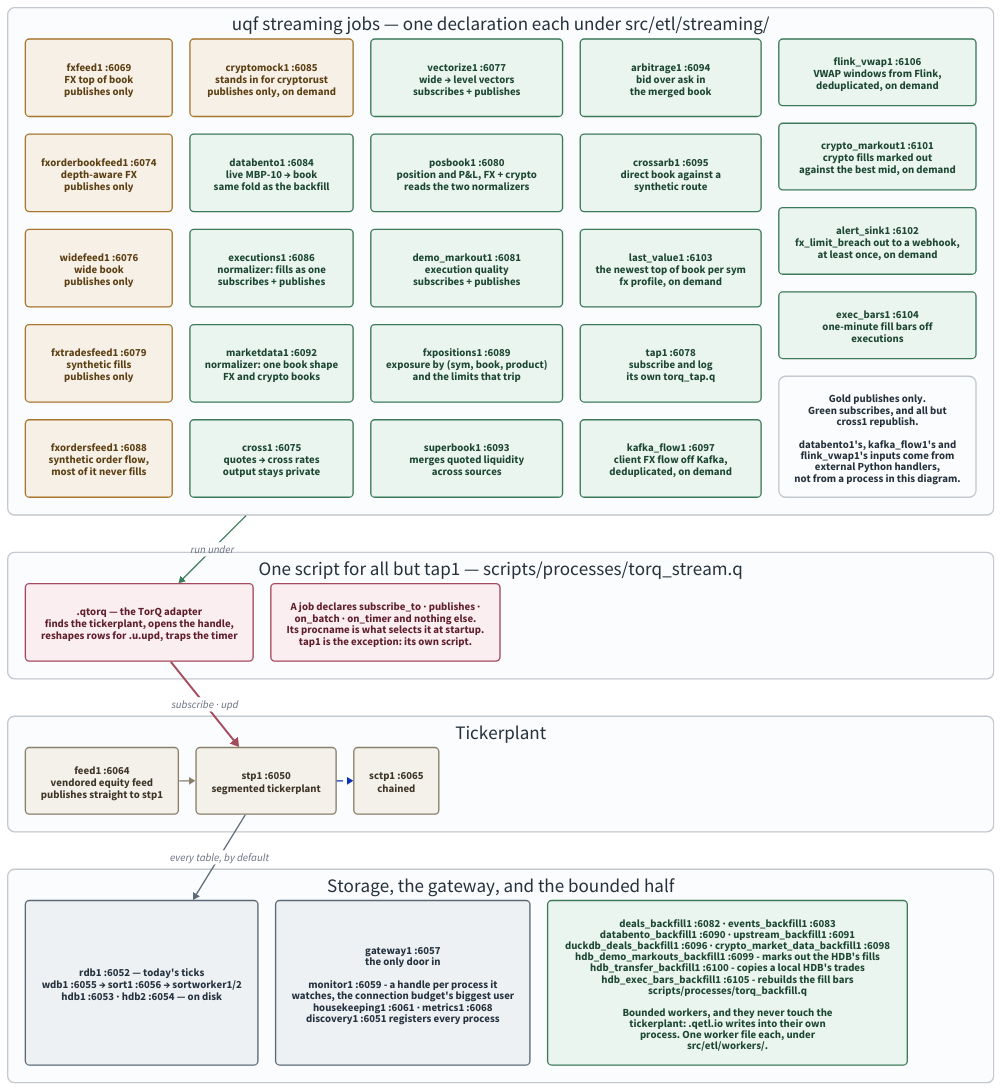
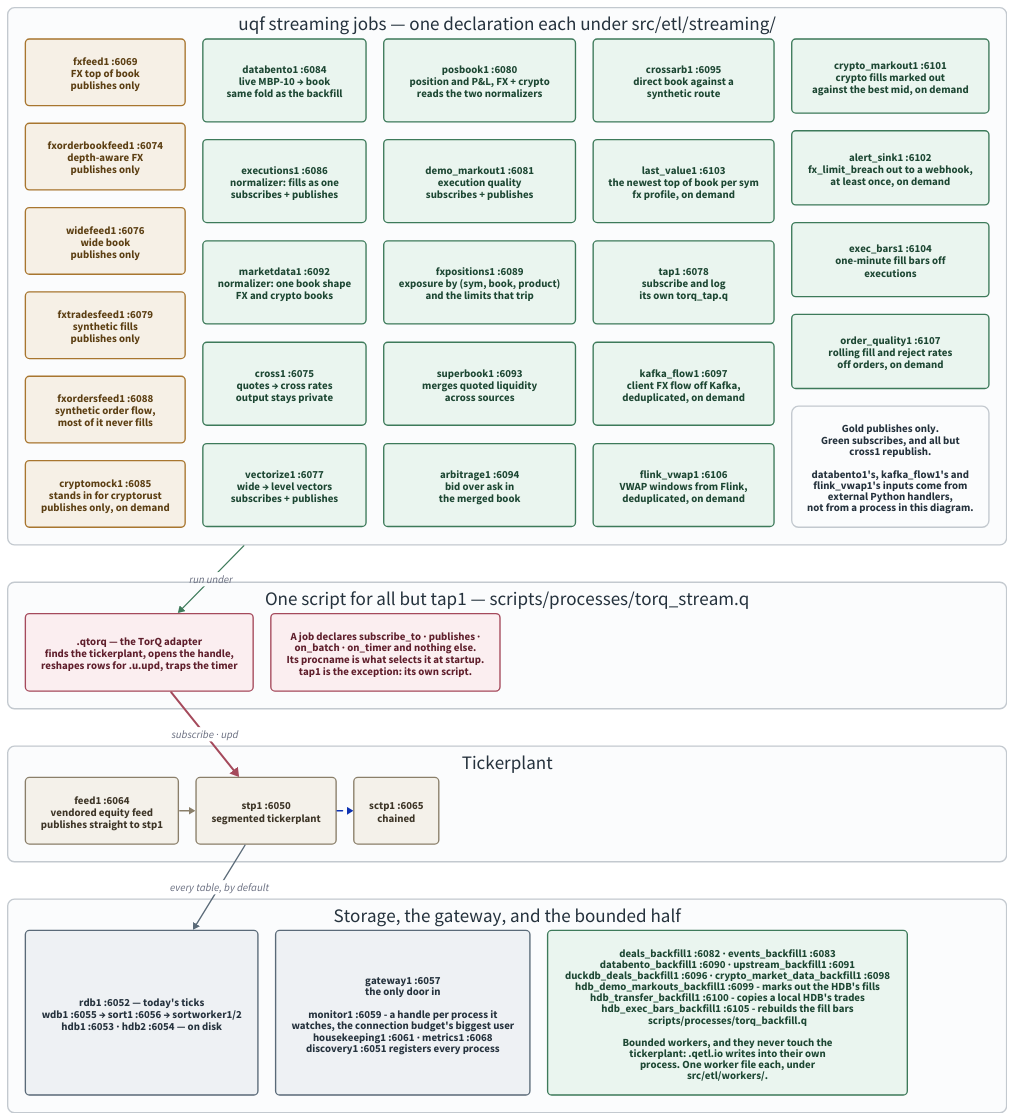
One commit to kwojdalski/uqf changed the diagram in docs/diagrams/stack-topology.d2. Above: the diagram before and after it, drawn with D2. The commit also changed 31 other files, not shown here.

First line of the commit message:
A rolling-window job kind, and rolling order fill/reject rates per book (#1224)

```diff
--- a/docs/diagrams/stack-topology.d2
+++ b/docs/diagrams/stack-topology.d2
@@ -1,171 +1,172 @@
 # stack-topology.d2 - who connects to whom over IPC in the running stack.
 #
 # Rendered by scripts/generate/render_diagrams.py, which CI runs with
 # --check. Embedded from docs/architecture/stack.md.
 #
 # Ports are the defaults at base 6050; every one is {KDBBASEPORT}+offset, so
 # a different base shifts them all together. The authority for the offsets
 # is docs/reference/processes.md, which is GENERATED from the
 # pipeline registry - if this diagram and that table disagree, the table is
 # right.
 #
 # WHAT THIS SHOWS THAT THE MERMAID VERSION DID NOT (#245).
 #
 # Every uqf streaming process but tap1 runs the SAME script. Since #204 a
 # streaming job is a declaration under src/etl/streaming/ and
 # processes/torq_stream.q is the one runner; which job a process runs is
 # decided by its procname at startup. The old diagram drew a script per
 # process, which is what the stack looked like before .qetl.job.stream and is the
 # single most misleading thing about it.
 #
 # The two connection patterns are still real and still different - publish
 # only, versus an access-listed subscribe - but a job performs neither
 # itself now. .qtorq does both on its behalf, which is why the adapter is
 # drawn between the processes and the tickerplant rather than left out.
 #
 # Backfills are on here too, and were not before. They are the other half
 # of the ETL tree and they reach the tickerplant NOT AT ALL: a bounded
 # worker writes through .qetl.io into its own process, so its rows never
 # traverse stp1. Drawing them beside the streaming jobs is the point - the
 # two halves look alike in the code and take completely different paths to
 # storage.
 
 direction: down
 
 grid-rows: 4
 grid-gap: 55
 
 vars: {
   d2-config: {
     pad: 40
   }
 }
 
 # Same palette as repo-overview.d2, so the set reads as one system: light
 # fills with dark text in both themes rather than a --dark-theme pairing,
 # which d2 still applies explicit styles over (d2lang/d2#831).
 classes: {
   feed: {
     style: {
       fill: "#f6f0e6"
       stroke: "#a8762f"
       font-color: "#5c3f13"
       border-radius: 6
     }
   }
   job: {
     style: {
       fill: "#eaf5ef"
       stroke: "#3d7a5a"
       font-color: "#1d4733"
       border-radius: 6
     }
   }
   adapter: {
     style: {
       fill: "#fbeef0"
       stroke: "#a54a5c"
       font-color: "#5f1f2c"
       border-radius: 6
     }
   }
   store: {
     style: {
       fill: "#eef1f4"
       stroke: "#5a6a78"
       font-color: "#25323d"
       border-radius: 6
     }
   }
   vendored: {
     style: {
       fill: "#f4f1ea"
       stroke: "#8a7f6a"
       font-color: "#3d3527"
       border-radius: 6
     }
   }
   band: {
     style: {
       fill: "#fbfcfd"
       stroke: "#c3c9cf"
       font-color: "#25323d"
       stroke-width: 2
       border-radius: 10
     }
   }
 }
 
 jobs: "uqf streaming jobs — one declaration each under src/etl/streaming/" {
   class: band
   grid-columns: 5
   grid-gap: 26
 
   fxfeed1: "fxfeed1 :6069\nFX top of book\npublishes only" { class: feed }
   fxorderbookfeed1: "fxorderbookfeed1 :6074\ndepth-aware FX\npublishes only" { class: feed }
   widefeed1: "widefeed1 :6076\nwide book\npublishes only" { class: feed }
   fxtradesfeed1: "fxtradesfeed1 :6079\nsynthetic fills\npublishes only" { class: feed }
   fxordersfeed1: "fxordersfeed1 :6088\nsynthetic order flow,\nmost of it never fills" { class: feed }
 
   cryptomock1: "cryptomock1 :6085\nstands in for cryptorust\npublishes only, on demand" { class: feed }
   databento1: "databento1 :6084\nlive MBP-10 → book\nsame fold as the backfill" { class: job }
   executions1: "executions1 :6086\nnormalizer: fills as one\nsubscribes + publishes" { class: job }
   marketdata1: "marketdata1 :6092\nnormalizer: one book shape\nFX and crypto books" { class: job }
 
   cross1: "cross1 :6075\nquotes → cross rates\noutput stays private" { class: job }
   vectorize1: "vectorize1 :6077\nwide → level vectors\nsubscribes + publishes" { class: job }
   posbook1: "posbook1 :6080\nposition and P&L, FX + crypto\nreads the two normalizers" { class: job }
   demo_markout1: "demo_markout1 :6081\nexecution quality\nsubscribes + publishes" { class: job }
   fxpositions1: "fxpositions1 :6089\nexposure by (sym, book, product)\nand the limits that trip" { class: job }
 
   superbook1: "superbook1 :6093\nmerges quoted liquidity\nacross sources" { class: job }
   arbitrage1: "arbitrage1 :6094\nbid over ask in\nthe merged book" { class: job }
   crossarb1: "crossarb1 :6095\ndirect book against a\nsynthetic route" { class: job }
   last_value1: "last_value1 :6103\nthe newest top of book per sym\nfx profile, on demand" { class: job }
   tap1: "tap1 :6078\nsubscribe and log\nits own torq_tap.q" { class: job }
   kafka_flow1: "kafka_flow1 :6097\nclient FX flow off Kafka,\ndeduplicated, on demand" { class: job }
   flink_vwap1: "flink_vwap1 :6106\nVWAP windows from Flink,\ndeduplicated, on demand" { class: job }
   crypto_markout1: "crypto_markout1 :6101\ncrypto fills marked out\nagainst the best mid, on demand" { class: job }
   alert_sink1: "alert_sink1 :6102\nfx_limit_breach out to a webhook,\nat least once, on demand" { class: job }
   exec_bars1: "exec_bars1 :6104\none-minute fill bars off\nexecutions" { class: job }
+  order_quality1: "order_quality1 :6107\nrolling fill and reject rates\noff orders, on demand" { class: job }
   legend: "Gold publishes only.\nGreen subscribes, and all but\ncross1 republish.\n\ndatabento1's, kafka_flow1's and\nflink_vwap1's inputs come from\nexternal Python handlers,\nnot from a process in this diagram." { class: band }
 }
 
 runner: "One script for all but tap1 — scripts/processes/torq_stream.q" {
   class: band
   grid-columns: 2
   grid-gap: 26
 
   qtorq: ".qtorq — the TorQ adapter\nfinds the tickerplant, opens the handle,\nreshapes rows for .u.upd, traps the timer" { class: adapter }
   note: "A job declares subscribe_to · publishes ·\non_batch · on_timer and nothing else.\nIts procname is what selects it at startup.\ntap1 is the exception: its own script." { class: adapter }
 }
 
 tp: "Tickerplant" {
   class: band
   grid-columns: 3
   grid-gap: 26
 
   feed1: "feed1 :6064\nvendored equity feed\npublishes straight to stp1" { class: vendored }
   stp: "stp1 :6050\nsegmented tickerplant" { class: vendored }
   sctp: "sctp1 :6065\nchained" { class: vendored }
 
   feed1 -> stp { style.stroke: "#8a7f6a" }
   stp -> sctp { style.stroke-dash: 4 }
 }
 
 downstream: "Storage, the gateway, and the bounded half" {
   class: band
   grid-columns: 3
   grid-gap: 26
 
   storage: "rdb1 :6052 — today's ticks\nwdb1 :6055 → sort1 :6056 → sortworker1/2\nhdb1 :6053 · hdb2 :6054 — on disk" { class: store }
   gw: "gateway1 :6057\nthe only door in\n\nmonitor1 :6059 - a handle per process it\nwatches, the connection budget's biggest user\nhousekeeping1 :6061 · metrics1 :6068\ndiscovery1 :6051 registers every process" { class: store }
   backfills: "deals_backfill1 :6082 · events_backfill1 :6083\ndatabento_backfill1 :6090 · upstream_backfill1 :6091\nduckdb_deals_backfill1 :6096 · crypto_market_data_backfill1 :6098\nhdb_demo_markouts_backfill1 :6099 - marks out the HDB's fills\nhdb_transfer_backfill1 :6100 - copies a local HDB's trades\nhdb_exec_bars_backfill1 :6105 - rebuilds the fill bars\nscripts/processes/torq_backfill.q\n\nBounded workers, and they never touch the\ntickerplant: .qetl.io writes into their own\nprocess. One worker file each, under\nsrc/etl/workers/." { class: job }
 }
 
 jobs -> runner.qtorq: "run under" { style.stroke: "#3d7a5a" }
 runner.qtorq -> tp.stp: "subscribe · upd" {
   style.stroke: "#a54a5c"
   style.stroke-width: 3
 }
 tp.stp -> downstream.storage: "every table, by default" { style.stroke: "#5a6a78" }
```
